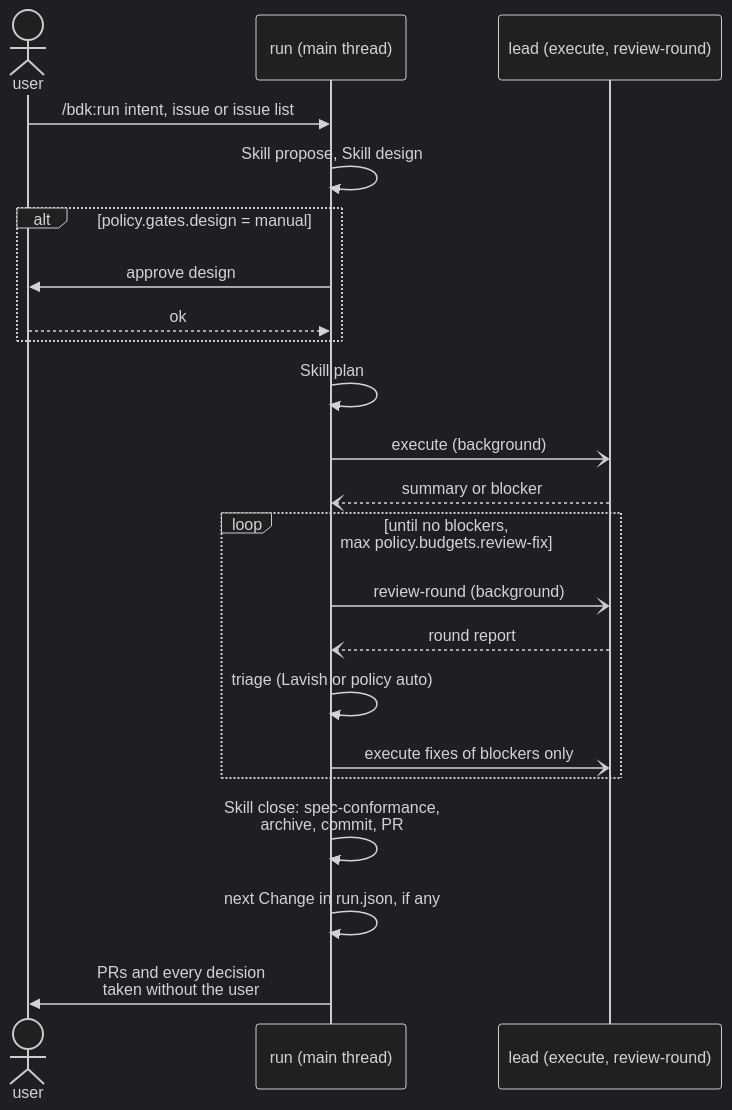
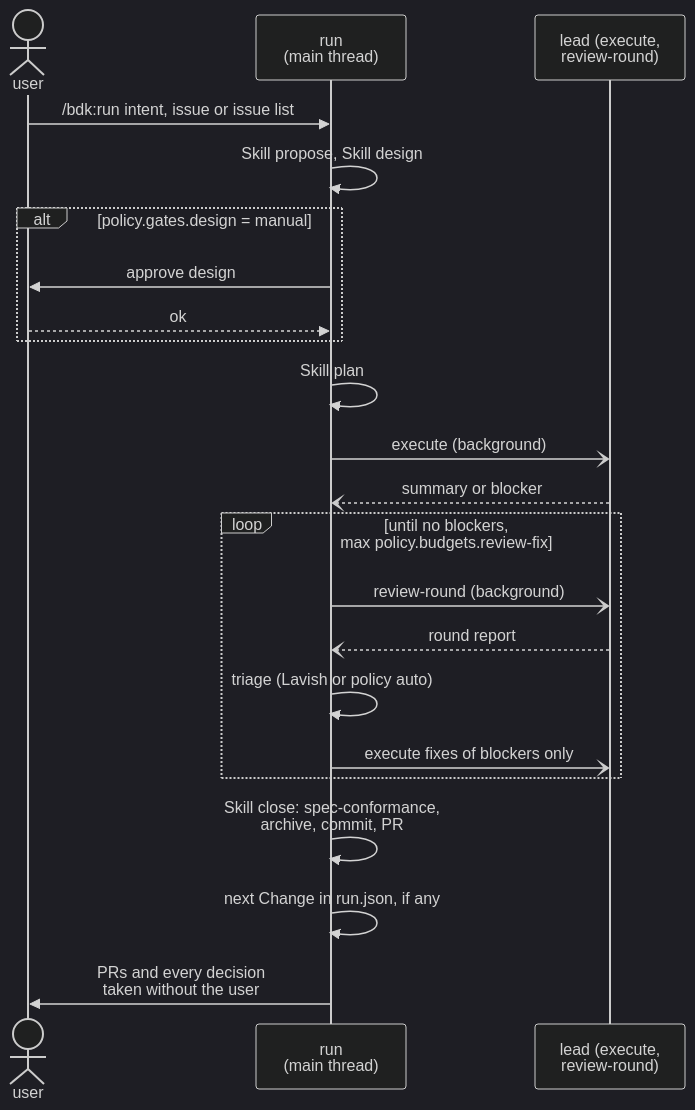
The sixth of 12 diagrams in docs/design/2026-10-07-v3-architecture.md (broneq/bdk), drawn with Mermaid (dark theme) before and after one commit. The commit also changed other lines of this file and 20 other files, not shown here.

First line of the commit message:
fix(docs): fit every diagram into the content column

````diff
--- a/docs/design/2026-10-07-v3-architecture.md
+++ b/docs/design/2026-10-07-v3-architecture.md
@@ -294,24 +300,24 @@
 ```mermaid
 sequenceDiagram
   actor H as user
-  participant M as run (main thread)
-  participant L as lead (execute, review-round)
+  participant M as run<br/>(main thread)
+  participant L as lead (execute,<br/>review-round)
   H->>M: /bdk:run intent, issue or issue list
   M->>M: Skill propose, Skill design
   alt policy.gates.design = manual
     M->>H: approve design
     H-->>M: ok
   end
   M->>M: Skill plan
   M-)L: execute (background)
   L--)M: summary or blocker
   loop until no blockers,<br/>max policy.budgets.review-fix
     M-)L: review-round (background)
     L--)M: round report
     M->>M: triage (Lavish or policy auto)
     M-)L: execute fixes of blockers only
   end
   M->>M: Skill close: spec-conformance,<br/>archive, commit, PR
   M->>M: next Change in run.json, if any
   M->>H: PRs and every decision<br/>taken without the user
 ```
````
